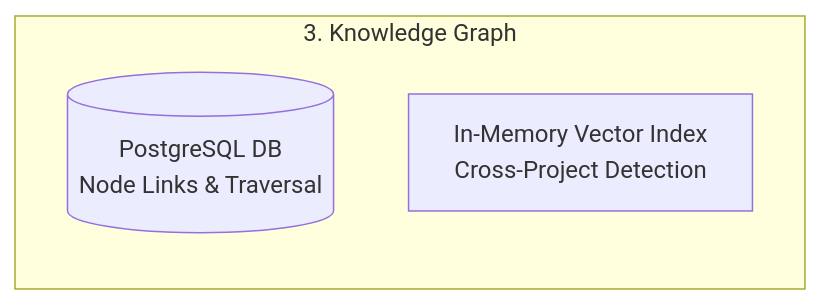
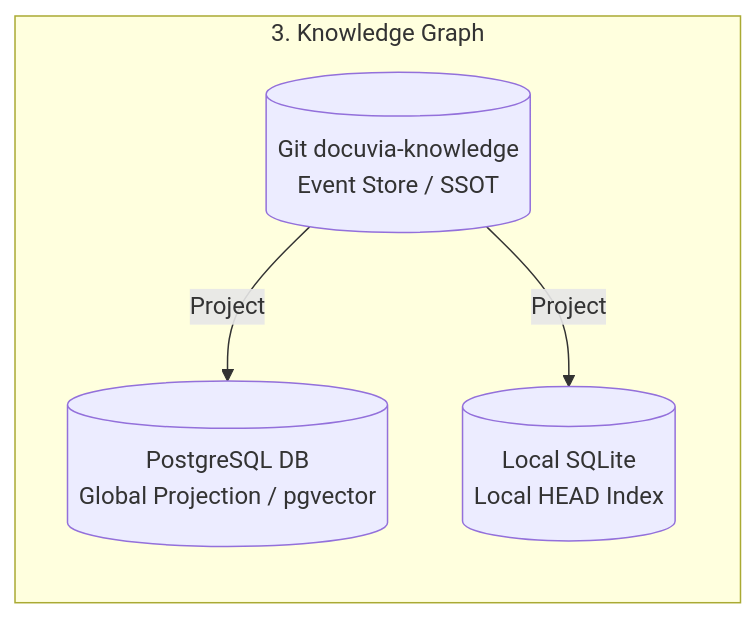
Before and after one commit to dyphn1/Docuvia: the fourth of 6 diagrams in docs/design/04-solution-strategy.md, drawn with Mermaid. The commit also changed other lines of this file, not shown here.

Commit message:
docs(design): update solution strategy to reflect CQRS and Git event sourcing

````diff
--- a/docs/design/04-solution-strategy.md
+++ b/docs/design/04-solution-strategy.md
@@ -72,7 +77,10 @@
    ```mermaid
    flowchart LR
        subgraph 3. Knowledge Graph
-           DB[(PostgreSQL DB<br/>Node Links & Traversal)]
-           VEC[In-Memory Vector Index<br/>Cross-Project Detection]
+           GIT_SSOT[(Git docuvia-knowledge<br/>Event Store / SSOT)]
+           DB[(PostgreSQL DB<br/>Global Projection / pgvector)]
+           SQLITE[(Local SQLite<br/>Local HEAD Index)]
+           GIT_SSOT --> |Project| DB
+           GIT_SSOT --> |Project| SQLITE
        end
    ```
````
